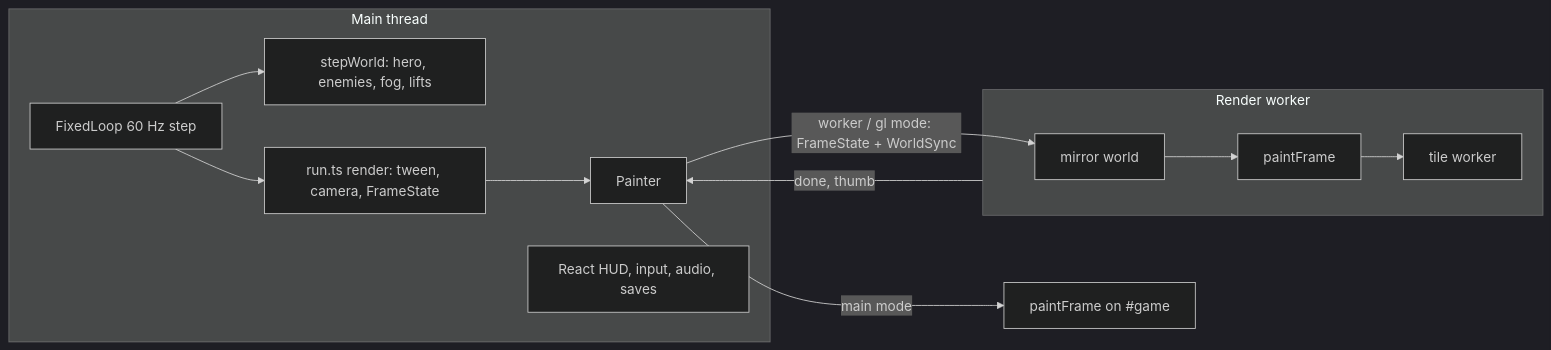
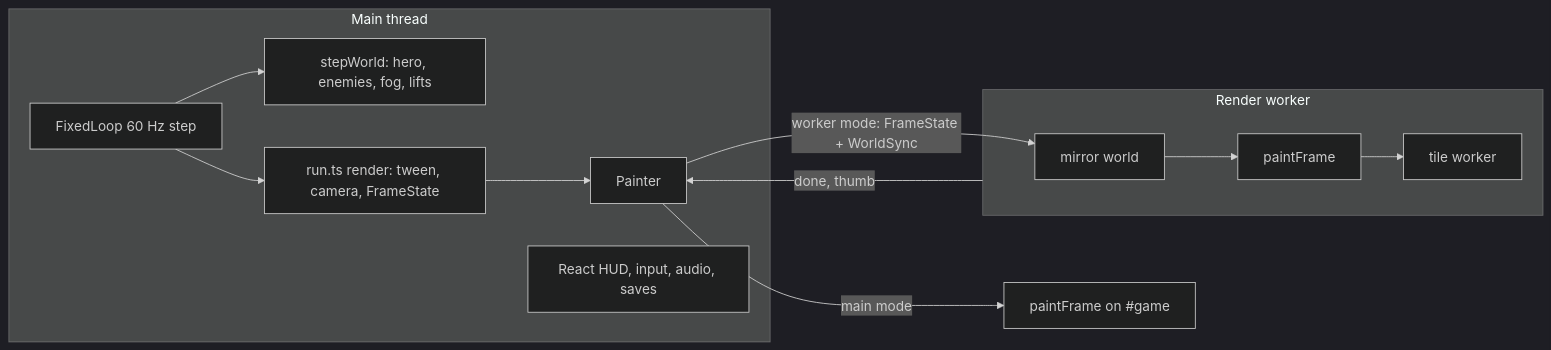
The first of 7 diagrams in docs/rendering.md (pilniczek/colony2080), drawn with Mermaid (dark theme) before and after one commit. The commit also changed other lines of this file and 13 other files, not shown here.

````diff
--- a/docs/rendering.md
+++ b/docs/rendering.md
@@ -9,16 +9,16 @@
 ```mermaid
 flowchart LR
   subgraph main[Main thread]
     loop[FixedLoop 60 Hz step] --> step[stepWorld: hero, enemies, fog, lifts]
     loop --> render[run.ts render: tween, camera, FrameState]
     render --> painter[Painter]
     hud[React HUD, input, audio, saves]
   end
   subgraph rw[Render worker]
     mirror[mirror world] --> paint[paintFrame]
     paint --> tw[tile worker]
   end
   painter -- "main mode" --> paintMain[paintFrame on #game]
-  painter -- "worker / gl mode: FrameState + WorldSync" --> mirror
+  painter -- "worker mode: FrameState + WorldSync" --> mirror
   rw -- "done, thumb" --> painter
 ```
````
